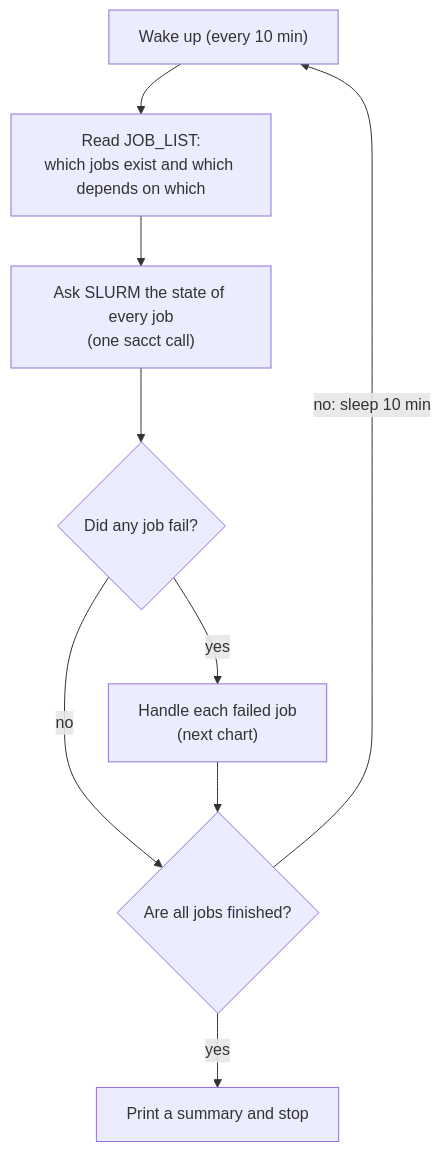
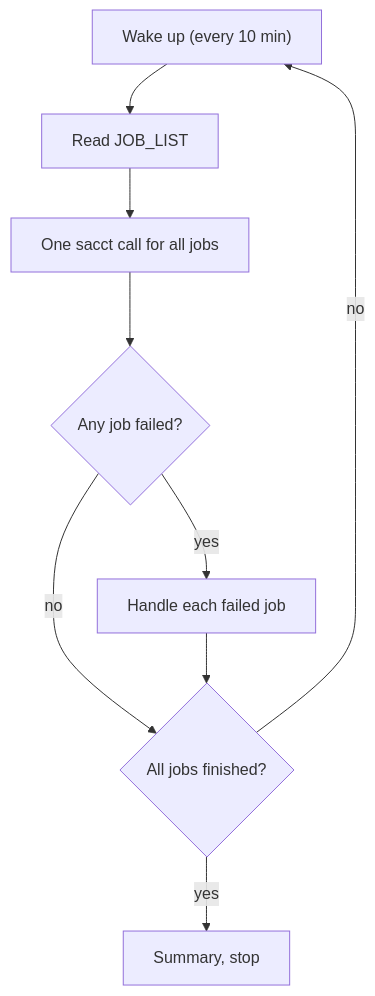
One commit to c3g/GenPipes changed the first of 2 diagrams in docs/design/smart_restart.md. Above: the diagram before and after it, drawn with Mermaid. The commit also changed other lines of this file and 1 other file, not shown here.

````diff
--- a/docs/design/smart_restart.md
+++ b/docs/design/smart_restart.md
@@ -187,11 +110,11 @@
 ```mermaid
 flowchart TD
-  A["Wake up (every 10 min)"] --> B["Read JOB_LIST:<br/>which jobs exist and which depends on which"]
-  B --> C["Ask SLURM the state of every job<br/>(one sacct call)"]
-  C --> D{"Did any job fail?"}
-  D -- yes --> E["Handle each failed job<br/>(next chart)"]
-  D -- no --> F{"Are all jobs finished?"}
+  A["Wake up (every 10 min)"] --> B["Read JOB_LIST"]
+  B --> C["One sacct call for all jobs"]
+  C --> D{"Any job failed?"}
+  D -- yes --> E["Handle each failed job"]
+  D -- no --> F{"All jobs finished?"}
   E --> F
-  F -- "no: sleep 10 min" --> A
-  F -- yes --> G["Print a summary and stop"]
+  F -- no --> A
+  F -- yes --> G["Summary, stop"]
 ```
````
